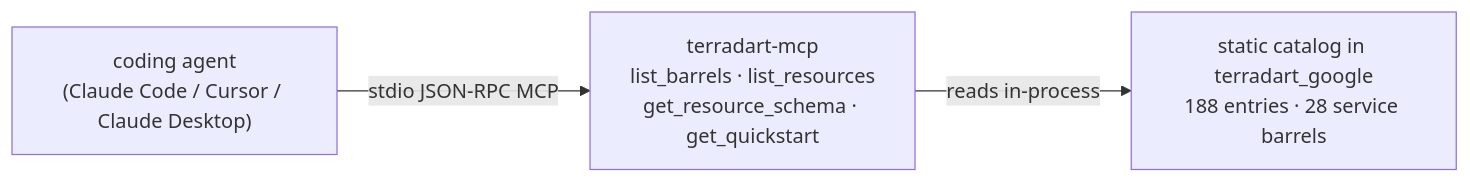
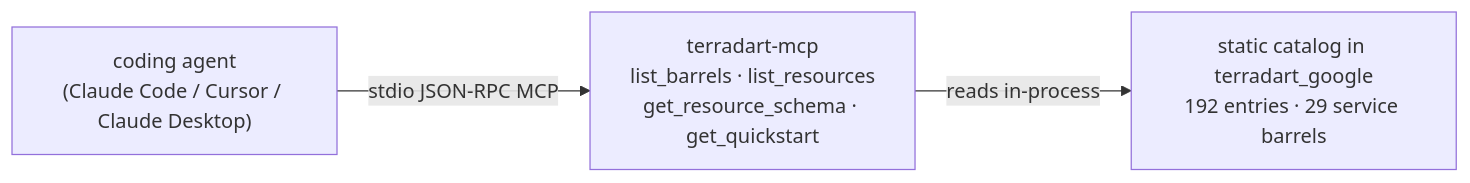
One commit to nozomi-koborinai/terradart changed the diagram in website/src/content/docs/docs/agent/index.md. Above: the diagram before and after it, drawn with Mermaid. The commit also changed other lines of this file and 39 other files, not shown here.

First line of the commit message:
feat(google): Waves 25–26 Certificate Manager + terradart.dev docs (v0.12.11)

````diff
--- a/website/src/content/docs/docs/agent/index.md
+++ b/website/src/content/docs/docs/agent/index.md
@@ -12,8 +12,8 @@
 ```mermaid
 graph LR
   agent["coding agent<br/>(Claude Code / Cursor / Claude Desktop)"]
   mcp["terradart-mcp<br/>list_barrels · list_resources<br/>get_resource_schema · get_quickstart"]
-  catalog["static catalog in terradart_google<br/>188 entries · 28 service barrels"]
+  catalog["static catalog in terradart_google<br/>192 entries · 29 service barrels"]
   agent -->|stdio JSON-RPC MCP| mcp
   mcp -->|reads in-process| catalog
 ```
````
